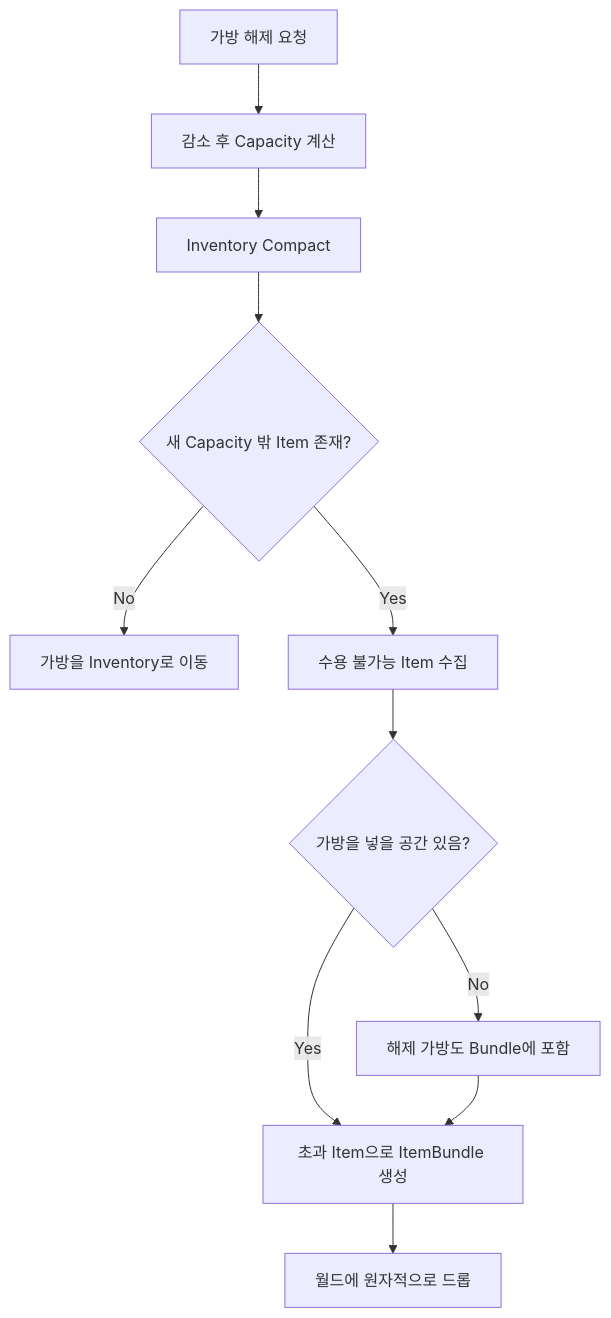
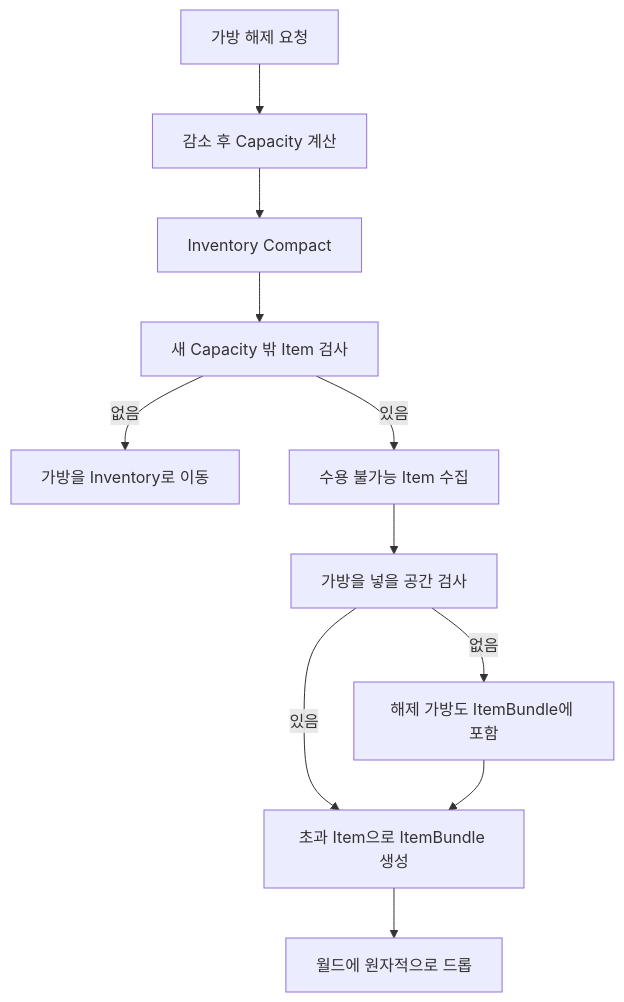
One commit to liang2papa/Astra_Docs changed the third of 3 diagrams in Wiki/03_시스템 설계/장비와 인벤토리.md. Above: the diagram before and after it, drawn with Mermaid. The commit also changed other lines of this file and 48 other files, not shown here.

````diff
--- a/Wiki/03_시스템 설계/장비와 인벤토리.md
+++ b/Wiki/03_시스템 설계/장비와 인벤토리.md
@@ -97,13 +97,13 @@
 ```mermaid
-flowchart TD
-    Start["가방 해제 요청"] --> Capacity["감소 후 Capacity 계산"]
-    Capacity --> Compact["Inventory Compact"]
-    Compact --> Check{"새 Capacity 밖 Item 존재?"}
-    Check -->|No| Unequip["가방을 Inventory로 이동"]
-    Check -->|Yes| Collect["수용 불가능 Item 수집"]
-    Collect --> Bag{"가방을 넣을 공간 있음?"}
-    Bag -->|Yes| Bundle["초과 Item으로 ItemBundle 생성"]
-    Bag -->|No| AddBag["해제 가방도 Bundle에 포함"]
-    AddBag --> Bundle
-    Bundle --> Drop["월드에 원자적으로 드롭"]
+graph TD
+    A[가방 해제 요청] --> B[감소 후 Capacity 계산]
+    B --> C[Inventory Compact]
+    C --> D[새 Capacity 밖 Item 검사]
+    D -->|없음| E[가방을 Inventory로 이동]
+    D -->|있음| F[수용 불가능 Item 수집]
+    F --> G[가방을 넣을 공간 검사]
+    G -->|있음| H[초과 Item으로 ItemBundle 생성]
+    G -->|없음| I[해제 가방도 ItemBundle에 포함]
+    I --> H
+    H --> J[월드에 원자적으로 드롭]
 ```
````
